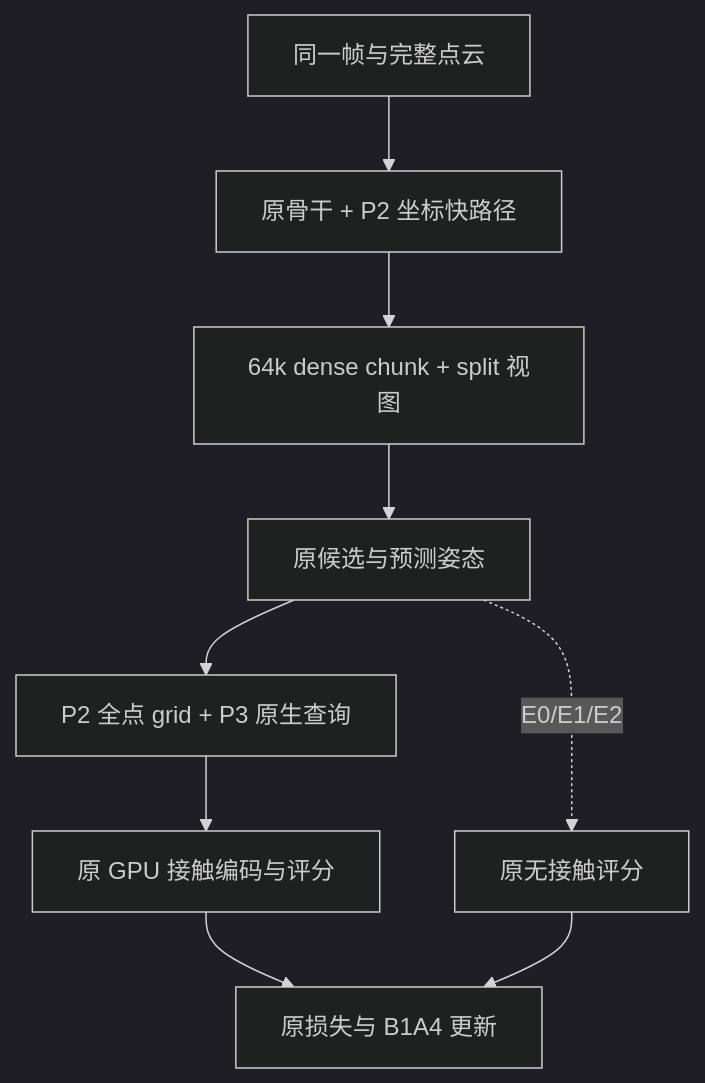
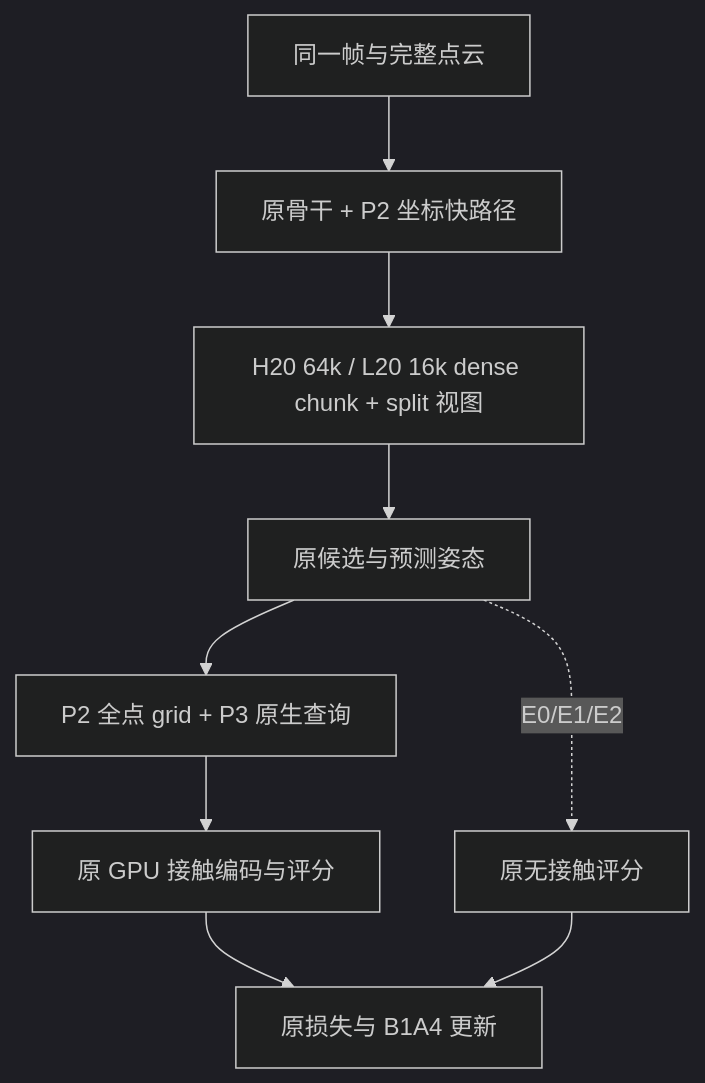
One commit to chichu-lv/suctionnet_modern_20mm changed the diagram in docs/PERFORMANCE_PHASE3.md. Above: the diagram before and after it, drawn with Mermaid (dark theme). The commit also changed other lines of this file and 2 other files, not shown here.

````diff
--- a/docs/PERFORMANCE_PHASE3.md
+++ b/docs/PERFORMANCE_PHASE3.md
@@ -55,11 +57,11 @@
 ```mermaid
 flowchart TD
     A["同一帧与完整点云"] --> B["原骨干 + P2 坐标快路径"]
-    B --> C["64k dense chunk + split 视图"]
+    B --> C["H20 64k / L20 16k dense chunk + split 视图"]
     C --> D["原候选与预测姿态"]
     D --> E["P2 全点 grid + P3 原生查询"]
     E --> F["原 GPU 接触编码与评分"]
     D -. "E0/E1/E2" .-> G["原无接触评分"]
     F --> H["原损失与 B1A4 更新"]
     G --> H
 ```
````
